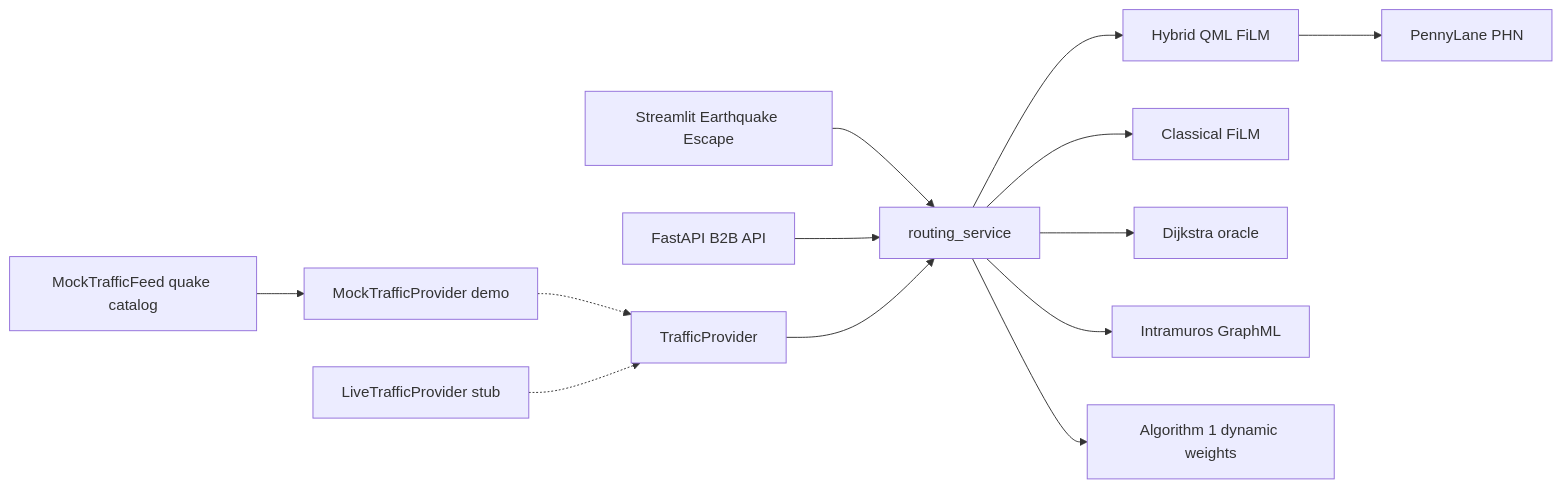
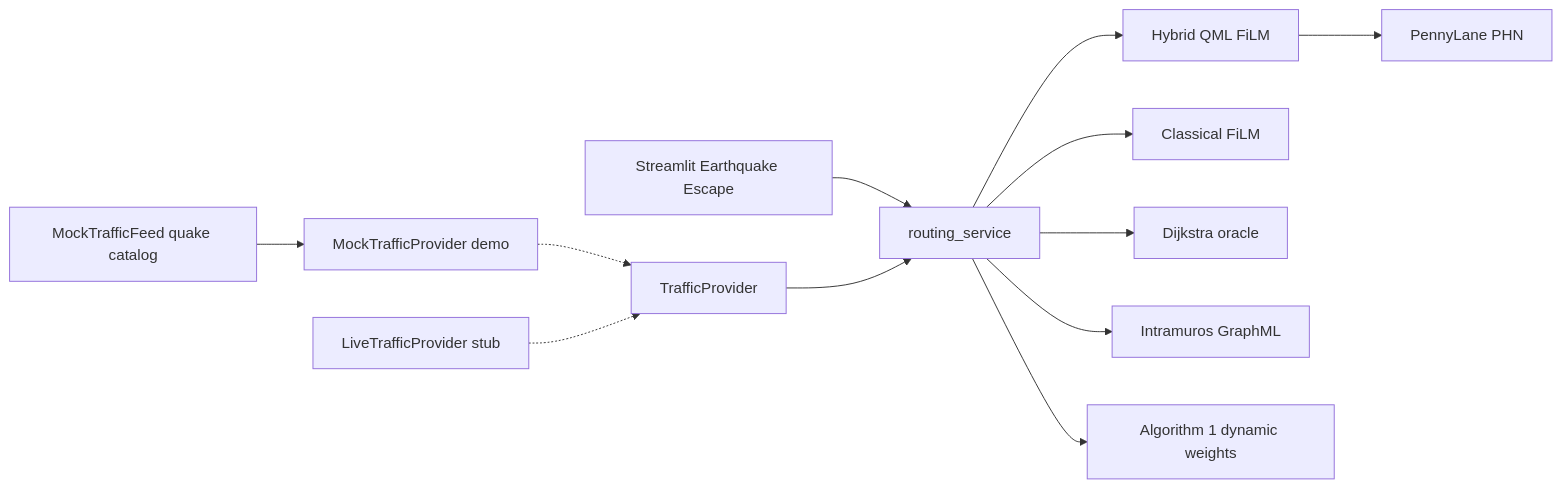
Before and after one commit to meolen07/QuantumRelief: the diagram in README.md, drawn with Mermaid. The commit also changed other lines of this file and 2 other files, not shown here.

````diff
--- a/README.md
+++ b/README.md
@@ -138,15 +134,14 @@
 ```mermaid
 flowchart LR
   UX[Streamlit Earthquake Escape] --> RS[routing_service]
-  API[FastAPI B2B API] --> RS
   TP[TrafficProvider] --> RS
   Feed[MockTrafficFeed quake catalog] --> Mock
   Mock[MockTrafficProvider demo] -.-> TP
   Live[LiveTrafficProvider stub] -.-> TP
   RS --> H[Hybrid QML FiLM]
   RS --> C[Classical FiLM]
   RS --> D[Dijkstra oracle]
   H --> PL[PennyLane PHN]
   RS --> G[Intramuros GraphML]
   RS --> Dyn[Algorithm 1 dynamic weights]
 ```
````
